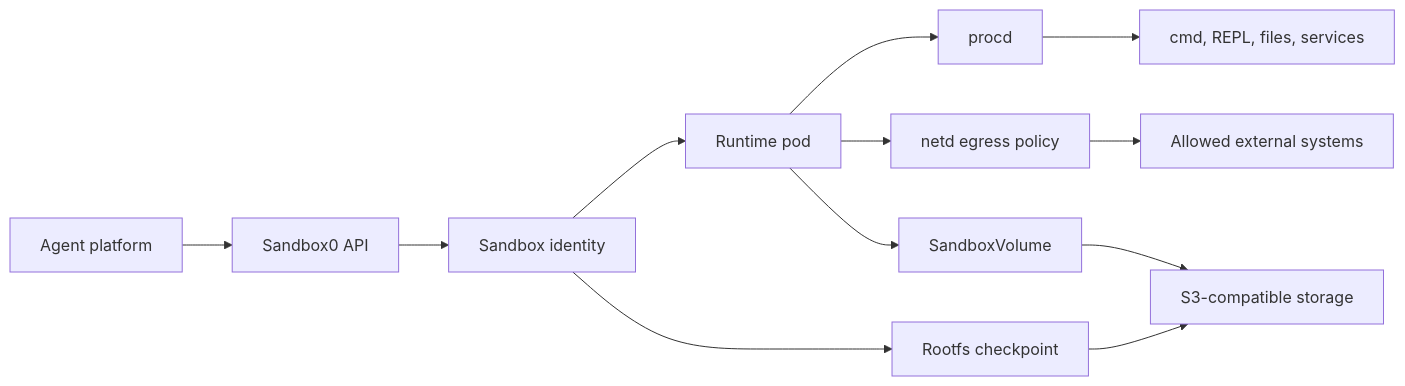
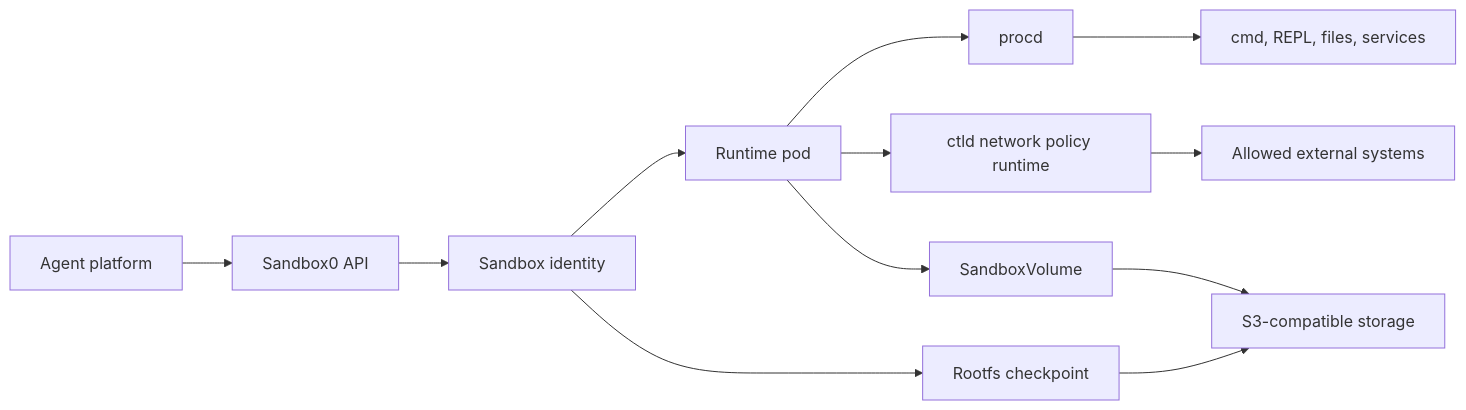
Before and after one commit to sandbox0-ai/sandbox0: the first of 2 diagrams in README.md, drawn with Mermaid. The commit also changed other lines of this file and 103 other files, not shown here.

Commit message:
refactor: finalize fullmode runtime architecture (#713)

````diff
--- a/README.md
+++ b/README.md
@@ -34,14 +34,14 @@
 ```mermaid
 flowchart LR
     platform["Agent platform"] --> api["Sandbox0 API"]
     api --> sandbox["Sandbox identity"]
     sandbox --> runtime["Runtime pod"]
     runtime --> procd["procd"]
     procd --> work["cmd, REPL, files, services"]
     sandbox --> rootfs["Rootfs checkpoint"]
     runtime --> volume["SandboxVolume"]
-    runtime --> netd["netd egress policy"]
-    netd --> external["Allowed external systems"]
+    runtime --> network["ctld network policy runtime"]
+    network --> external["Allowed external systems"]
     rootfs --> object["S3-compatible storage"]
     volume --> object["S3-compatible storage"]
 ```
````
